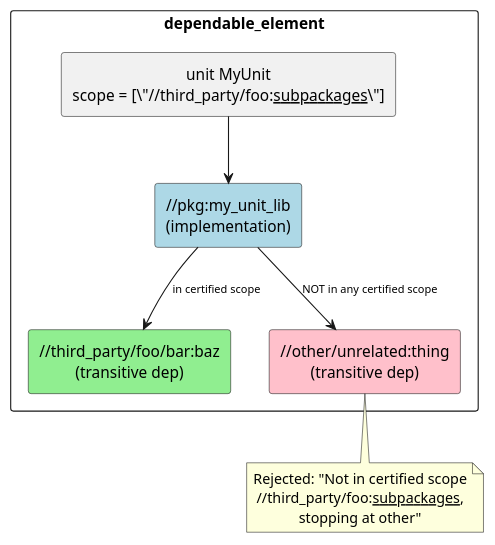
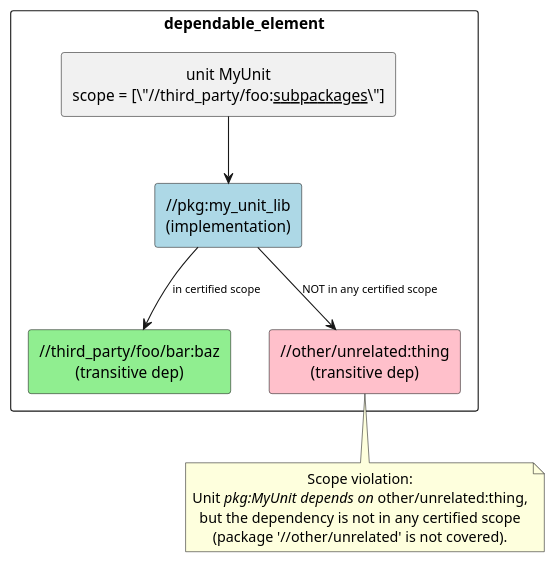
The diagram in bazel/rules/rules_score/docs/_assets/scope_check.puml (eclipse-score/tooling), drawn with PlantUML before and after one commit. The commit also changed 13 other files, not shown here.

Commit message:
[Bazel Rules] Fix certified-scope violation-detection bugs

```diff
--- a/bazel/rules/rules_score/docs/_assets/scope_check.puml
+++ b/bazel/rules/rules_score/docs/_assets/scope_check.puml
@@ -14,26 +14,27 @@
 @startuml scope_check
 
 skinparam defaultTextAlignment center
 skinparam ArrowFontSize 10
 skinparam packageStyle rectangle
 hide stereotype
 
 package "dependable_element" as de {
     rectangle "unit MyUnit\nscope = [\"//third_party/foo:__subpackages__\"]" as MyUnit
 
     rectangle "//pkg:my_unit_lib\n(implementation)" as impl #LightBlue
     rectangle "//third_party/foo/bar:baz\n(transitive dep)" as instscope #LightGreen
     rectangle "//other/unrelated:thing\n(transitive dep)" as outofscope #Pink
 
     MyUnit -down-> impl
     impl -down-> instscope : in certified scope
     impl -down-> outofscope : NOT in any certified scope
 }
 
 note bottom of outofscope
-  Rejected: "Not in certified scope
-  //third_party/foo:__subpackages__,
-  stopping at other"
+  Scope violation:
+  Unit //pkg:MyUnit depends on //other/unrelated:thing,
+  but the dependency is not in any certified scope
+  (package '//other/unrelated' is not covered).
 end note
 
 @enduml
```
